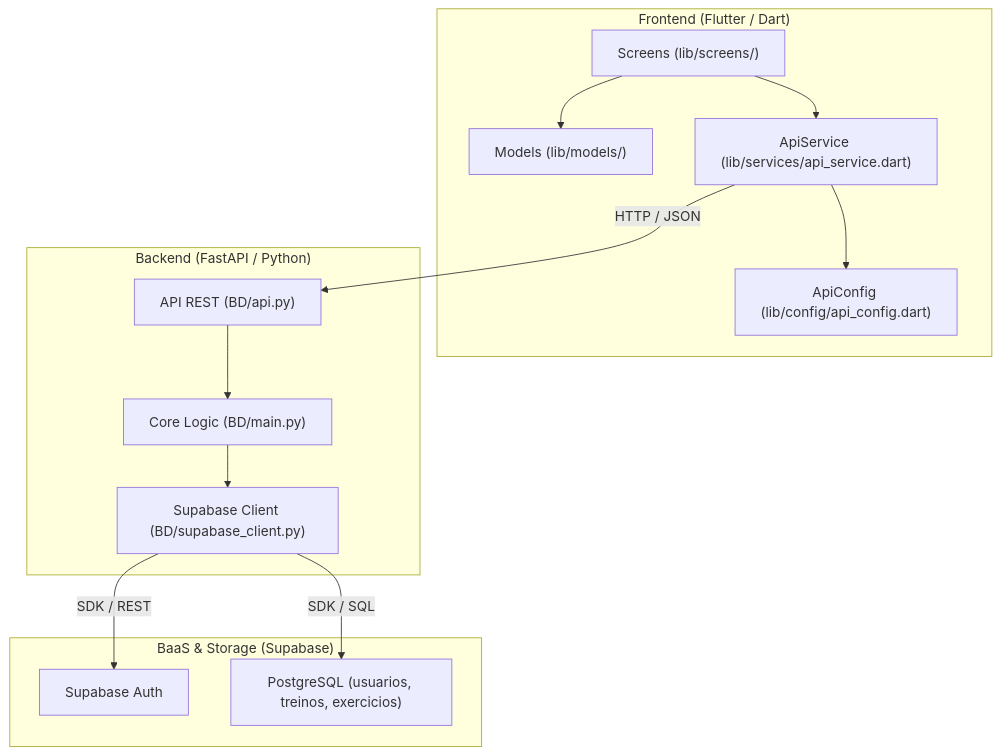
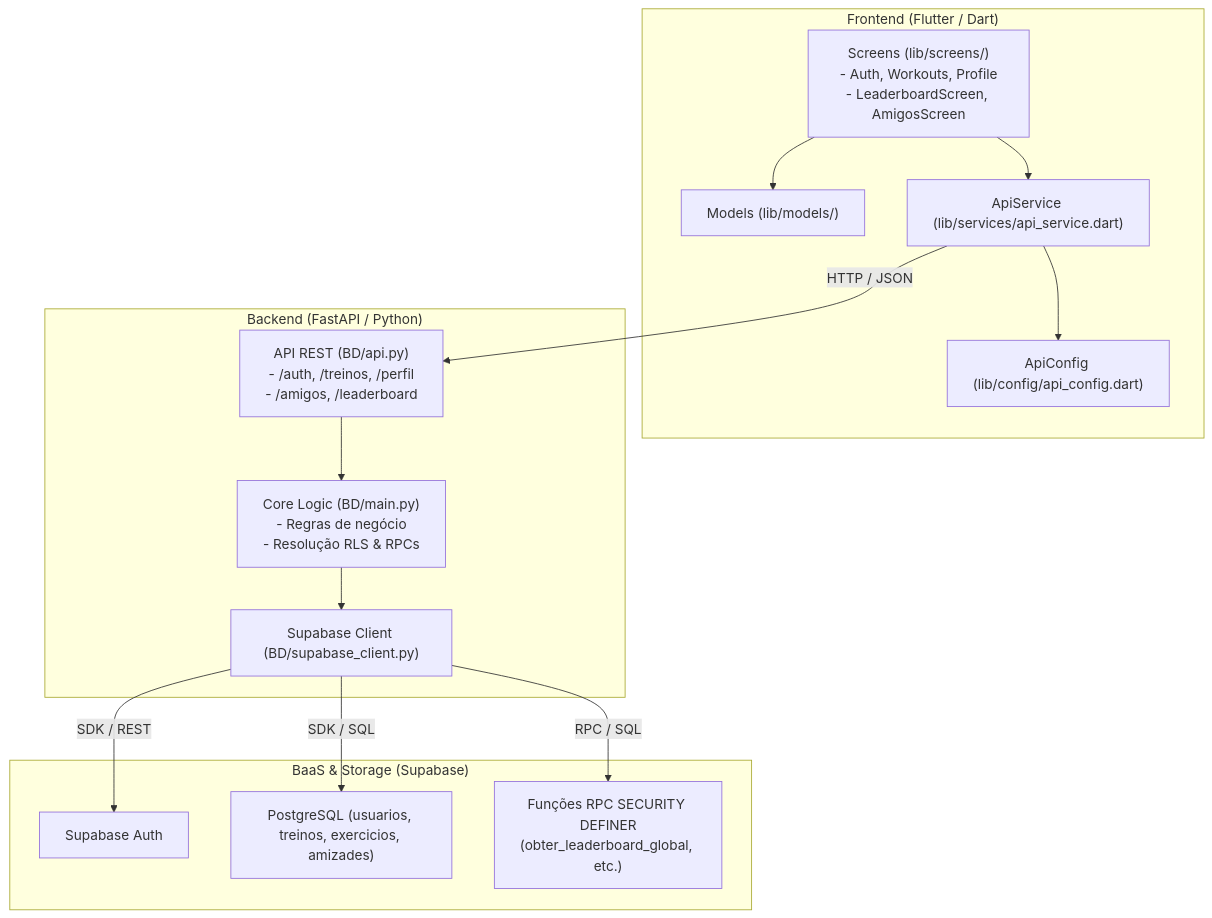
The diagram in PROJECT_CONTEXT.md (heitoroliveira75/EngSoftTrabalho_Personal_TrainerIA), drawn with Mermaid before and after one commit. The commit also changed other lines of this file and 13 other files, not shown here.

Commit message:
Criacao do sistema de amizades e leaderboard

````diff
--- a/PROJECT_CONTEXT.md
+++ b/PROJECT_CONTEXT.md
@@ -25,31 +27,33 @@
 ```mermaid
 flowchart TD
     subgraph Frontend["Frontend (Flutter / Dart)"]
-        UI["Screens (lib/screens/)"]
+        UI["Screens (lib/screens/)\n- Auth, Workouts, Profile\n- LeaderboardScreen, AmigosScreen"]
         Models["Models (lib/models/)"]
         Service["ApiService (lib/services/api_service.dart)"]
         Config["ApiConfig (lib/config/api_config.dart)"]
         
         UI --> Service
         UI --> Models
         Service --> Config
     end
 
     subgraph Backend["Backend (FastAPI / Python)"]
-        API["API REST (BD/api.py)"]
-        Core["Core Logic (BD/main.py)"]
+        API["API REST (BD/api.py)\n- /auth, /treinos, /perfil\n- /amigos, /leaderboard"]
+        Core["Core Logic (BD/main.py)\n- Regras de negócio\n- Resolução RLS & RPCs"]
         ClientDB["Supabase Client (BD/supabase_client.py)"]
 
         API --> Core
         Core --> ClientDB
     end
 
     subgraph Database["BaaS & Storage (Supabase)"]
         Auth["Supabase Auth"]
-        Tables["PostgreSQL (usuarios, treinos, exercicios)"]
+        Tables["PostgreSQL (usuarios, treinos, exercicios, amizades)"]
+        RPC["Funções RPC SECURITY DEFINER\n(obter_leaderboard_global, etc.)"]
     end
 
     Service -->|HTTP / JSON| API
     ClientDB -->|SDK / REST| Auth
     ClientDB -->|SDK / SQL| Tables
+    ClientDB -->|RPC / SQL| RPC
 ```
````
